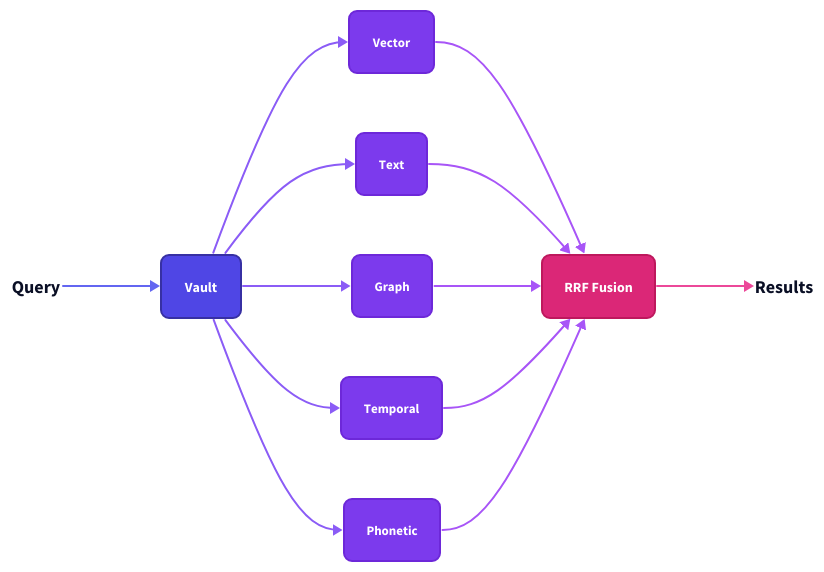
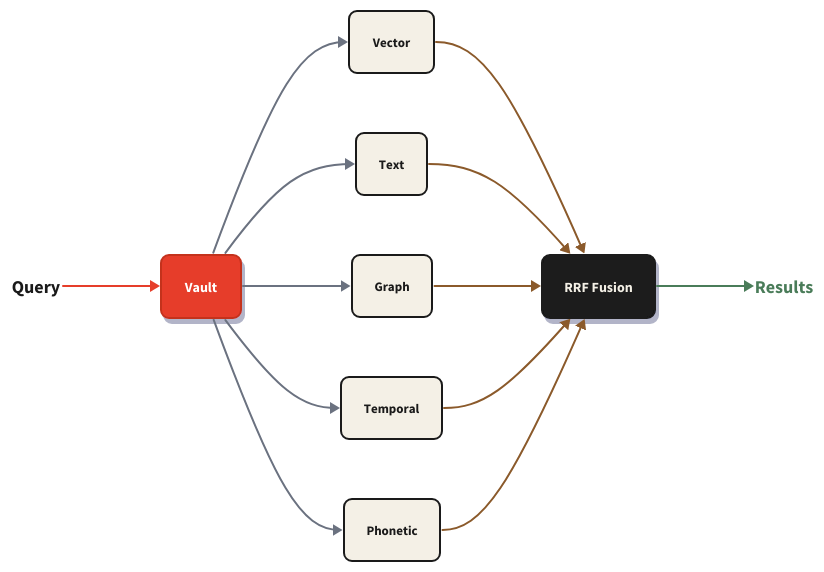
The diagram in docs/architecture.d2 (oneiron-dev/oneiron), drawn with D2 before and after one commit. The commit also changed 3 other files, not shown here.

First line of the commit message:
Restyle architecture diagram to match oneiron.dev palette

```diff
--- a/docs/architecture.d2
+++ b/docs/architecture.d2
@@ -1,83 +1,95 @@
 direction: right
+
+# --- Oneiron palette ---
+# accent:  #E63E2A  (vibrant red-orange)
+# ink:     #1a1a1a  (dark text / heavy elements)
+# surface: #F4F0E6  (warm parchment)
+# success: #4A7C59  (positive / completion)
+# muted:   #6B7280  (secondary)
+# brown:   #8B5A2B  (warm secondary accent)
 
 query: Query {
   shape: text
   style.font-size: 18
   style.bold: true
+  style.font-color: "#1a1a1a"
 }
 
 vault: Vault {
-  style.fill: "#4f46e5"
+  style.fill: "#E63E2A"
   style.font-color: "#ffffff"
-  style.stroke: "#3730a3"
+  style.stroke: "#c4321f"
   style.border-radius: 8
   style.font-size: 14
   style.bold: true
+  style.shadow: true
 }
 
 vector: Vector {
-  style.fill: "#7c3aed"
-  style.font-color: "#ffffff"
-  style.stroke: "#6d28d9"
+  style.fill: "#F4F0E6"
+  style.font-color: "#1a1a1a"
+  style.stroke: "#1a1a1a"
   style.border-radius: 8
   style.font-size: 13
 }
 text: Text {
-  style.fill: "#7c3aed"
-  style.font-color: "#ffffff"
-  style.stroke: "#6d28d9"
+  style.fill: "#F4F0E6"
+  style.font-color: "#1a1a1a"
+  style.stroke: "#1a1a1a"
   style.border-radius: 8
   style.font-size: 13
 }
 graph: Graph {
-  style.fill: "#7c3aed"
-  style.font-color: "#ffffff"
-  style.stroke: "#6d28d9"
+  style.fill: "#F4F0E6"
+  style.font-color: "#1a1a1a"
+  style.stroke: "#1a1a1a"
   style.border-radius: 8
   style.font-size: 13
 }
 temporal: Temporal {
-  style.fill: "#7c3aed"
-  style.font-color: "#ffffff"
-  style.stroke: "#6d28d9"
+  style.fill: "#F4F0E6"
+  style.font-color: "#1a1a1a"
+  style.stroke: "#1a1a1a"
   style.border-radius: 8
   style.font-size: 13
 }
 phonetic: Phonetic {
-  style.fill: "#7c3aed"
-  style.font-color: "#ffffff"
-  style.stroke: "#6d28d9"
+  style.fill: "#F4F0E6"
+  style.font-color: "#1a1a1a"
+  style.stroke: "#1a1a1a"
   style.border-radius: 8
   style.font-size: 13
 }
 
 fusion: RRF Fusion {
-  style.fill: "#db2777"
-  style.font-color: "#ffffff"
-  style.stroke: "#be185d"
+  style.fill: "#1a1a1a"
+  style.font-color: "#F4F0E6"
+  style.stroke: "#1a1a1a"
   style.border-radius: 8
   style.font-size: 14
   style.bold: true
+  style.shadow: true
 }
 
 results: Results {
   shape: text
   style.font-size: 18
   style.bold: true
+  style.font-color: "#4A7C59"
 }
 
-query -> vault: {style.stroke: "#6366f1"; style.stroke-width: 2}
+query -> vault: {style.stroke: "#E63E2A"; style.stroke-width: 2}
 
-vault -> vector: {style.stroke: "#8b5cf6"; style.stroke-width: 2}
-vault -> text: {style.stroke: "#8b5cf6"; style.stroke-width: 2}
-vault -> graph: {style.stroke: "#8b5cf6"; style.stroke-width: 2}
-vault -> temporal: {style.stroke: "#8b5cf6"; style.stroke-width: 2}
-vault -> phonetic: {style.stroke: "#8b5cf6"; style.stroke-width: 2}
+vault -> vector: {style.stroke: "#6B7280"; style.stroke-width: 2}
+vault -> text: {style.stroke: "#6B7280"; style.stroke-width: 2}
+vault -> graph: {style.stroke: "#6B7280"; style.stroke-width: 2}
+vault -> temporal: {style.stroke: "#6B7280"; style.stroke-width: 2}
+vault -> phonetic: {style.stroke: "#6B7280"; style.stroke-width: 2}
 
-vector -> fusion: {style.stroke: "#a855f7"; style.stroke-width: 2}
-text -> fusion: {style.stroke: "#a855f7"; style.stroke-width: 2}
-graph -> fusion: {style.stroke: "#a855f7"; style.stroke-width: 2}
-temporal -> fusion: {style.stroke: "#a855f7"; style.stroke-width: 2}
-phonetic -> fusion: {style.stroke: "#a855f7"; style.stroke-width: 2}
+vector -> fusion: {style.stroke: "#8B5A2B"; style.stroke-width: 2}
+text -> fusion: {style.stroke: "#8B5A2B"; style.stroke-width: 2}
+graph -> fusion: {style.stroke: "#8B5A2B"; style.stroke-width: 2}
+temporal -> fusion: {style.stroke: "#8B5A2B"; style.stroke-width: 2}
+phonetic -> fusion: {style.stroke: "#8B5A2B"; style.stroke-width: 2}
 
-fusion -> results: {style.stroke: "#ec4899"; style.stroke-width: 2}
+fusion -> results: {style.stroke: "#4A7C59"; style.stroke-width: 2}
```
